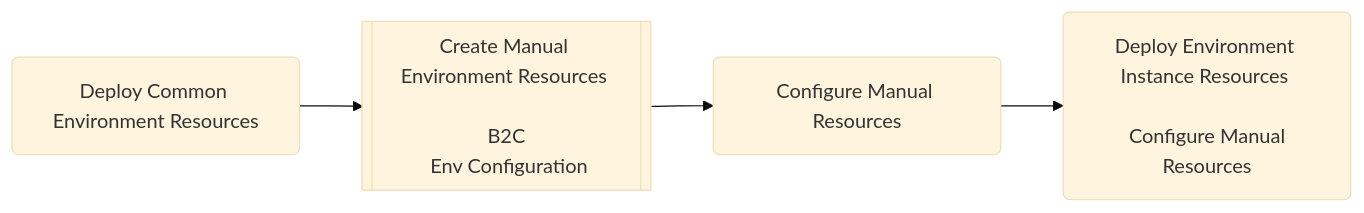
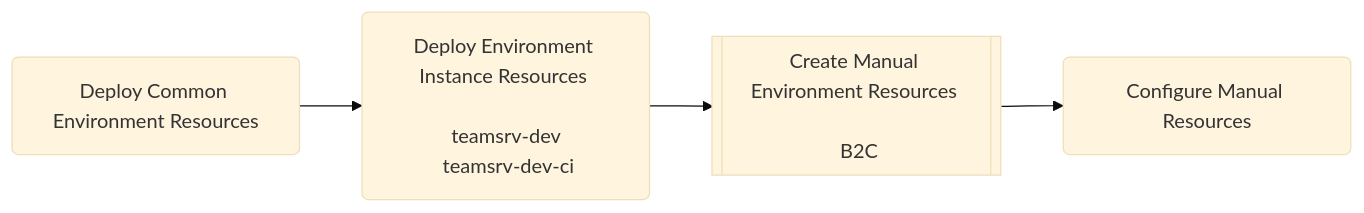
Before and after one commit to Miruken-Go/demo.microservice: the second of 5 diagrams in deployment/design/SystemResourcesDeploymentFlow.md, drawn with Mermaid (base theme). The commit also changed other lines of this file and 19 other files, not shown here.

````diff
--- a/deployment/design/SystemResourcesDeploymentFlow.md
+++ b/deployment/design/SystemResourcesDeploymentFlow.md
@@ -21,13 +21,13 @@
 ```mermaid
 
 flowchart LR
-    B(Deploy Common Environment Resources)
+    A(Deploy Common Environment Resources)
 
-    C[[Create Manual Environment Resources </br></br> B2C </br> Env Configuration]]
+    B(Deploy Environment Instance Resources </br></br> teamsrv-dev </br> teamsrv-dev-ci)
+    
+    C[[Create Manual Environment Resources </br></br> B2C]]
 
     D(Configure Manual Resources)
 
-    E(Deploy Environment Instance Resources </br></br> Configure Manual Resources)
-
-    B --> C --> D --> E
+    A --> B --> C --> D
 ```
````
